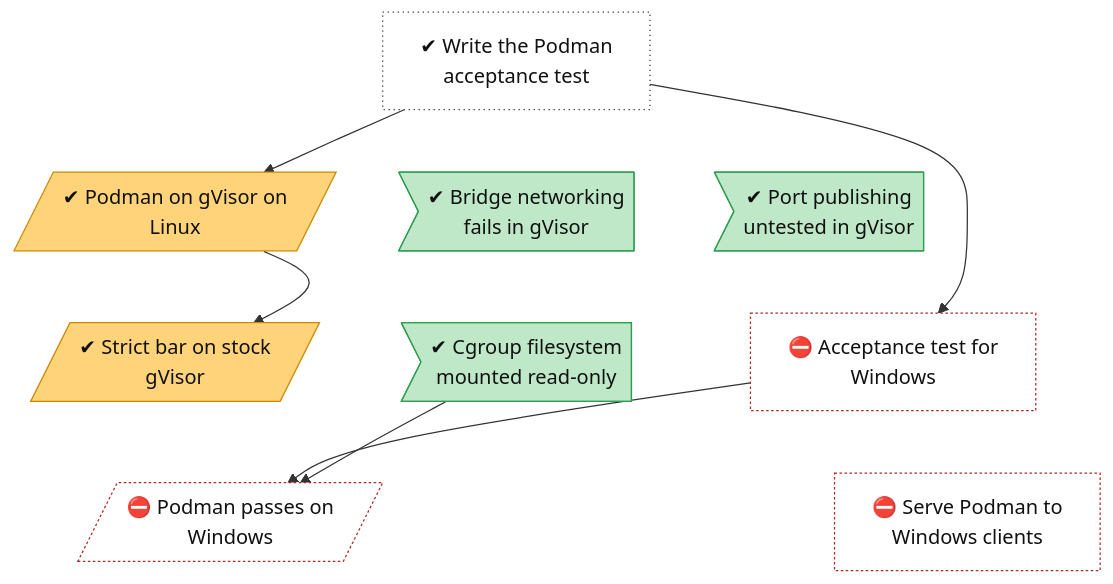
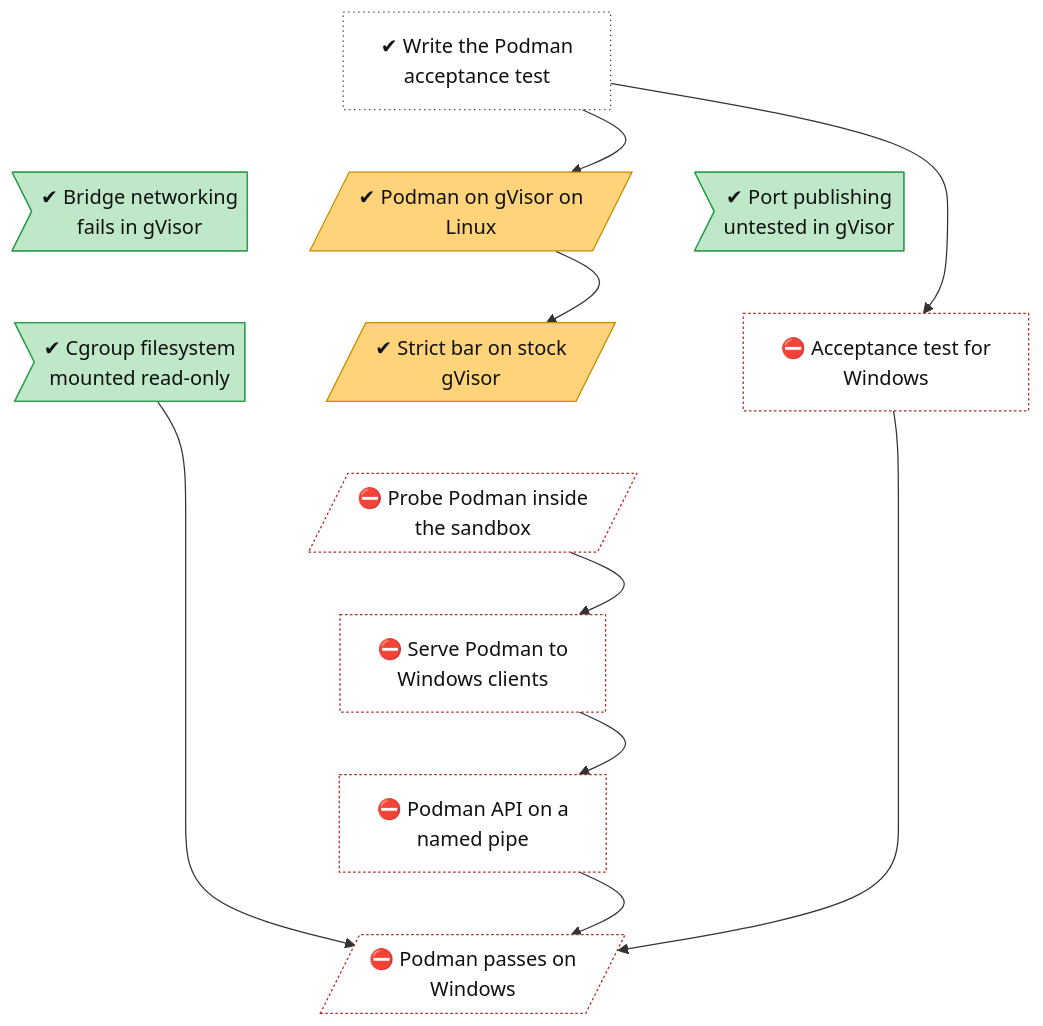
One commit to lhns/gvisor-windows changed the diagram in docs/roadmap/tracks/workloads.md. Above: the diagram before and after it, drawn with Mermaid. The commit also changed other lines of this file and 5 other files, not shown here.

Commit message:
Add the split-syscall defect, rootfs import, named pipe and Podman probe

````diff
--- a/docs/roadmap/tracks/workloads.md
+++ b/docs/roadmap/tracks/workloads.md
@@ -10,44 +10,52 @@
 ```mermaid
 flowchart TB
     workloads_acceptance_test["✔ Write the Podman<br/>acceptance test"]
     workloads_podman_on_gvisor_linux[/"✔ Podman on gVisor on<br/>Linux"/]
     workloads_gvisor_bridge_netlink>"✔ Bridge networking<br/>fails in gVisor"]
     workloads_gvisor_port_publishing>"✔ Port publishing<br/>untested in gVisor"]
     workloads_strict_bar_linux[/"✔ Strict bar on stock<br/>gVisor"/]
     workloads_gvisor_cgroupfs_readonly>"✔ Cgroup filesystem<br/>mounted read-only"]
     workloads_acceptance_test_windows["⛔ Acceptance test for<br/>Windows"]
+    workloads_podman_probe[/"⛔ Probe Podman inside<br/>the sandbox"/]
+    workloads_podman_harness["⛔ Serve Podman to<br/>Windows clients"]
+    workloads_podman_api_named_pipe["⛔ Podman API on a<br/>named pipe"]
     workloads_podman_on_windows[/"⛔ Podman passes on<br/>Windows"/]
-    workloads_podman_harness["⛔ Serve Podman to<br/>Windows clients"]
     workloads_acceptance_test ~~~ workloads_podman_on_gvisor_linux
     workloads_acceptance_test ~~~ workloads_gvisor_bridge_netlink
     workloads_acceptance_test ~~~ workloads_gvisor_port_publishing
     workloads_podman_on_gvisor_linux ~~~ workloads_strict_bar_linux
     workloads_gvisor_bridge_netlink ~~~ workloads_gvisor_cgroupfs_readonly
     workloads_gvisor_port_publishing ~~~ workloads_acceptance_test_windows
-    workloads_strict_bar_linux ~~~ workloads_podman_on_windows
-    workloads_gvisor_cgroupfs_readonly ~~~ workloads_podman_harness
-    workloads_acceptance_test_windows ~~~ workloads_podman_harness
+    workloads_strict_bar_linux ~~~ workloads_podman_probe
+    workloads_gvisor_cgroupfs_readonly ~~~ workloads_podman_probe
+    workloads_acceptance_test_windows ~~~ workloads_podman_probe
+    workloads_podman_probe ~~~ workloads_podman_harness
+    workloads_podman_harness ~~~ workloads_podman_api_named_pipe
+    workloads_podman_api_named_pipe ~~~ workloads_podman_on_windows
     workloads_acceptance_test --> workloads_podman_on_gvisor_linux
     workloads_podman_on_gvisor_linux --> workloads_strict_bar_linux
     workloads_acceptance_test --> workloads_acceptance_test_windows
+    workloads_podman_probe --> workloads_podman_harness
+    workloads_podman_harness --> workloads_podman_api_named_pipe
     workloads_acceptance_test_windows --> workloads_podman_on_windows
     workloads_gvisor_cgroupfs_readonly --> workloads_podman_on_windows
+    workloads_podman_api_named_pipe --> workloads_podman_on_windows
     classDef vsucc fill:#2e9e4f,stroke:#1b6b34,color:#fff
     classDef succ fill:#bfe8c8,stroke:#2e9e4f,color:#111
     classDef mixed fill:#ffd37a,stroke:#c98a00,color:#111
     classDef bad fill:#f28b82,stroke:#b3261e,color:#111
     classDef dead fill:#e6e6e6,stroke:#777,stroke-dasharray:5 5,color:#555
     classDef inprog fill:#a8cdf5,stroke:#1f6fc5,color:#111
     classDef next fill:#fff,stroke:#333,color:#111
     classDef blocked fill:#fff,stroke:#b3261e,stroke-dasharray:2 2,color:#111
     classDef parked fill:#f3f3f3,stroke:#999,color:#555
     classDef unrated fill:#fff,stroke:#333,stroke-dasharray:1 3,color:#111
     classDef gate fill:#d9c2f0,stroke:#7b3fb5,color:#111
     classDef decided fill:#ece0f7,stroke:#7b3fb5,stroke-dasharray:2 2,color:#111
     classDef finding fill:#ffe0b2,stroke:#d84315,stroke-width:2px,color:#111
     classDef waiting fill:#e3f2fd,stroke:#1f6fc5,stroke-dasharray:5 5,color:#111
     class workloads_acceptance_test unrated
     class workloads_podman_on_gvisor_linux,workloads_strict_bar_linux mixed
     class workloads_gvisor_bridge_netlink,workloads_gvisor_port_publishing,workloads_gvisor_cgroupfs_readonly succ
-    class workloads_acceptance_test_windows,workloads_podman_on_windows,workloads_podman_harness blocked
+    class workloads_acceptance_test_windows,workloads_podman_probe,workloads_podman_harness,workloads_podman_api_named_pipe,workloads_podman_on_windows blocked
 ```
````
